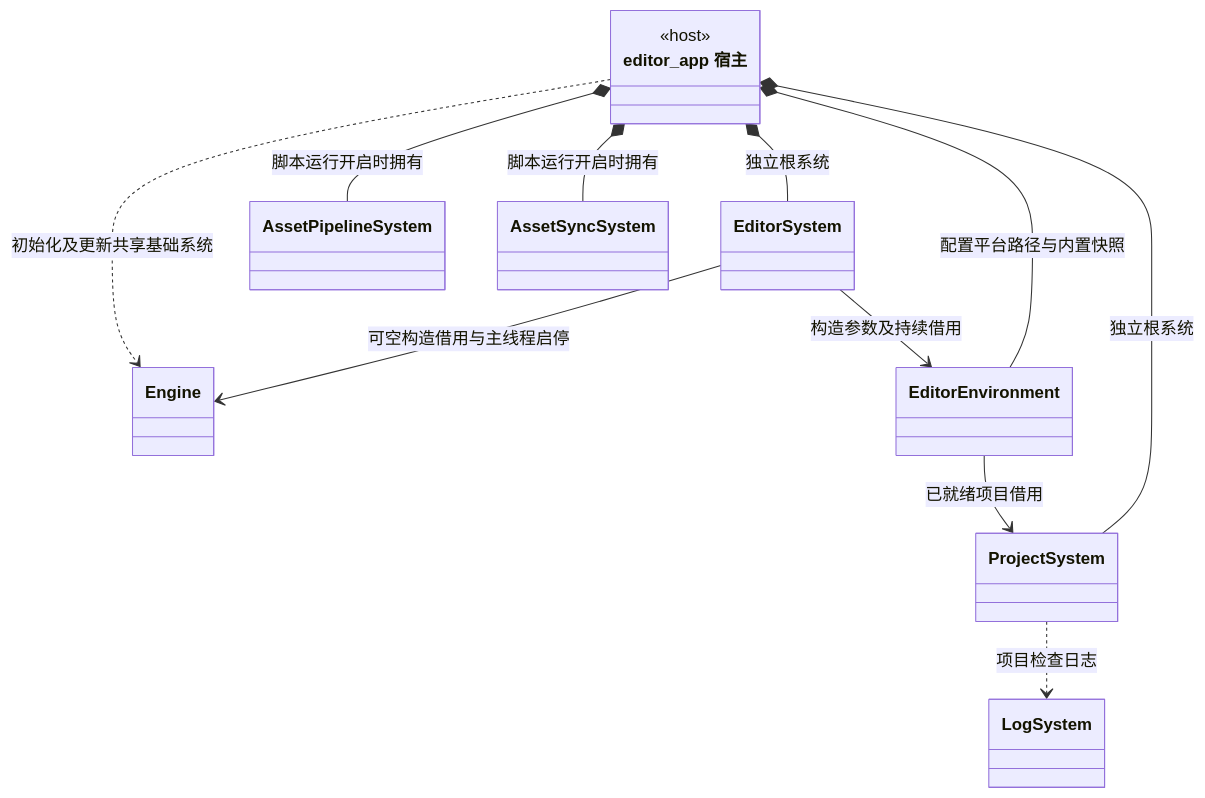
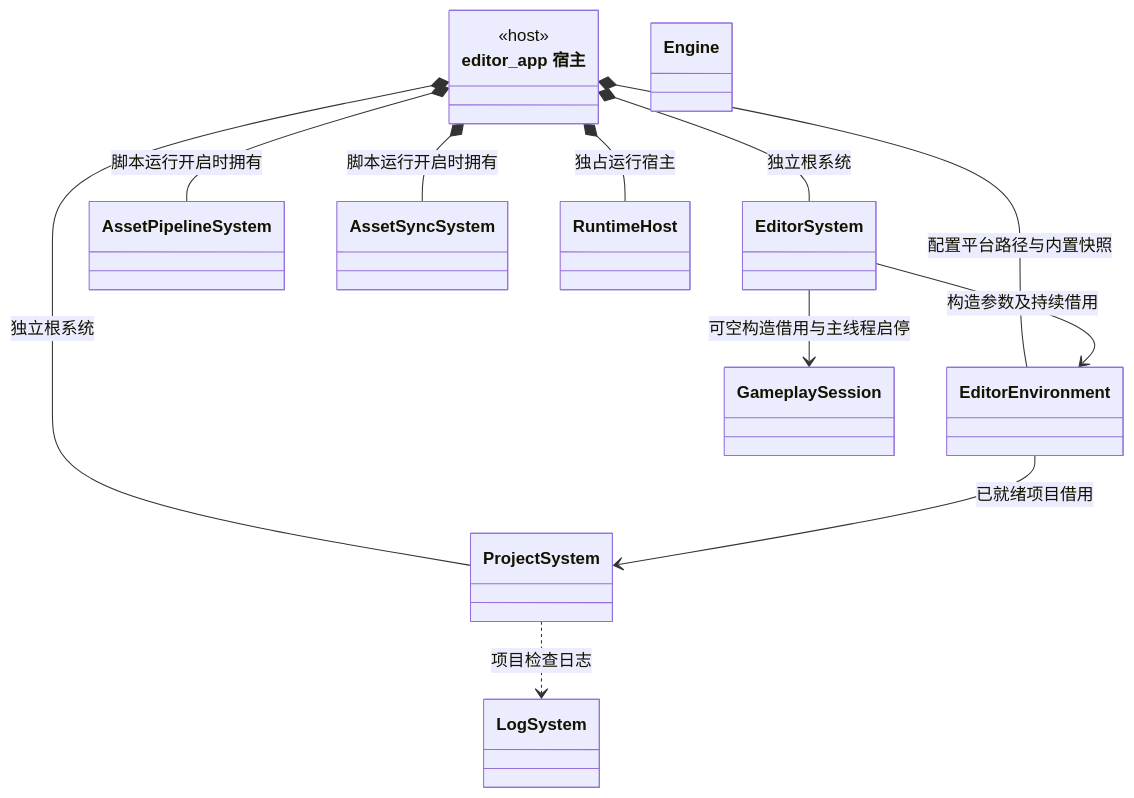
Before and after one commit to lcals/Engine: the seventh of 19 diagrams in docs/class-diagrams/references.md, drawn with Mermaid. The commit also changed other lines of this file and 143 other files, not shown here.

````diff
--- a/docs/class-diagrams/references.md
+++ b/docs/class-diagrams/references.md
@@ -181,24 +190,24 @@
 ```mermaid
 classDiagram
     direction TB
     class EditorHost["editor_app 宿主"] {
         <<host>>
     }
     class ProjectSystem
     class EditorSystem
     class AssetPipelineSystem
     class AssetSyncSystem
     class Engine
     class LogSystem
     EditorHost *-- ProjectSystem : 独立根系统
     EditorHost *-- EditorSystem : 独立根系统
     EditorHost *-- AssetPipelineSystem : 脚本运行开启时拥有
     EditorHost *-- AssetSyncSystem : 脚本运行开启时拥有
     class EditorEnvironment
     EditorHost *-- EditorEnvironment : 配置平台路径与内置快照
     EditorEnvironment --> ProjectSystem : 已就绪项目借用
     EditorSystem --> EditorEnvironment : 构造参数及持续借用
-    EditorSystem --> Engine : 可空构造借用与主线程启停
+    EditorSystem --> GameplaySession : 可空构造借用与主线程启停
     ProjectSystem ..> LogSystem : 项目检查日志
-    EditorHost ..> Engine : 初始化及更新共享基础系统
+    EditorHost *-- RuntimeHost : 独占运行宿主
 ```
````
